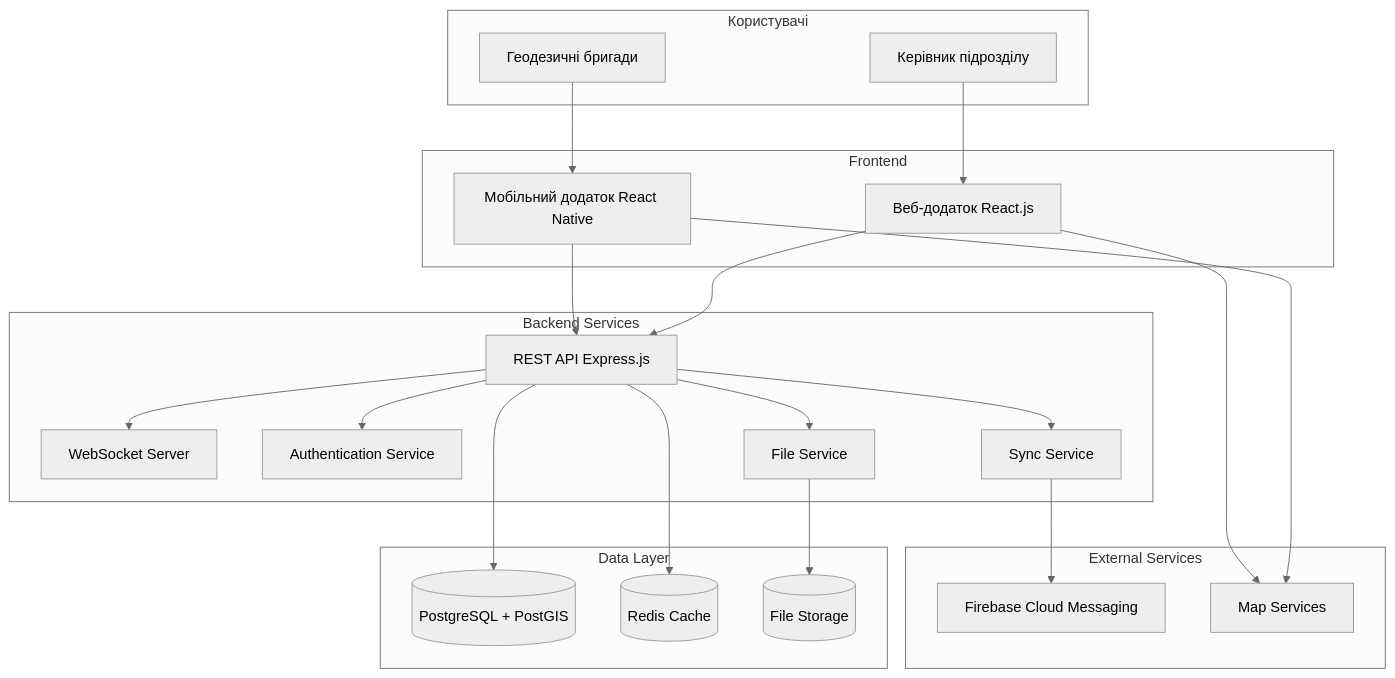
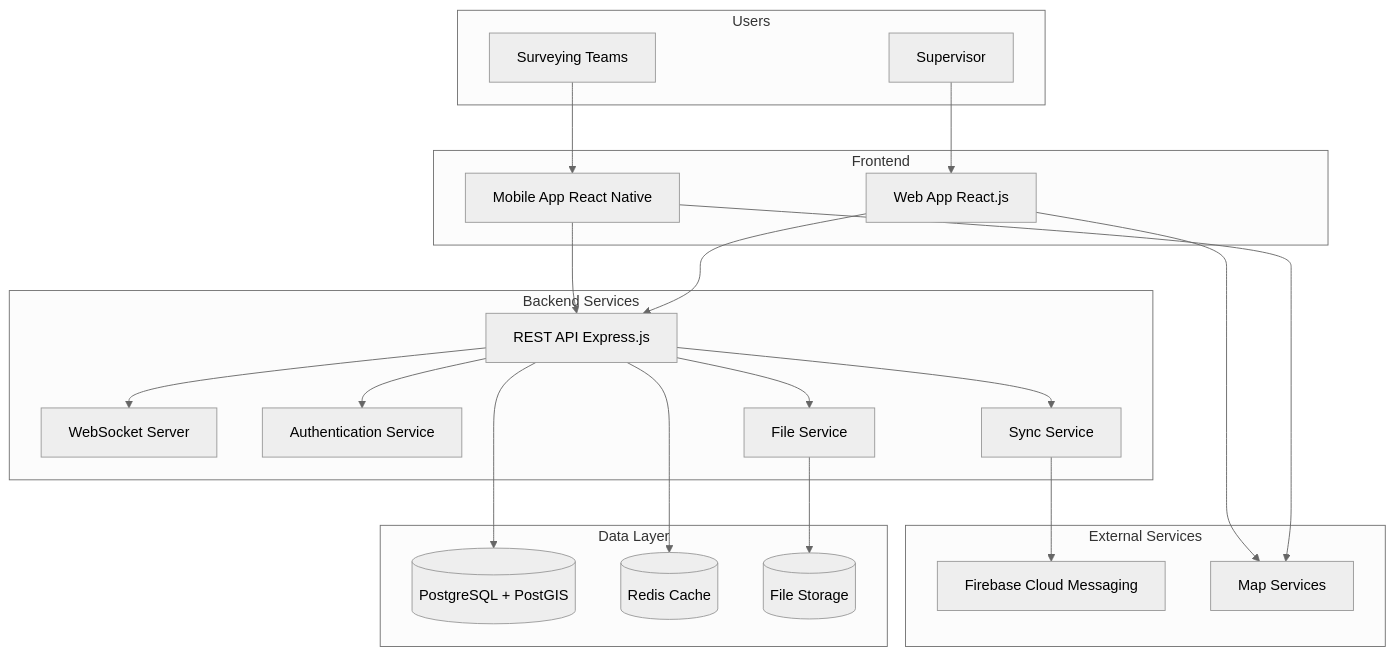
Before and after one commit to HarrySkySon/geidesy-team-app: the diagram in docs/architecture/system-architecture.md, drawn with Mermaid (neutral theme). The commit also changed other lines of this file and 6 other files, not shown here.

````diff
--- a/docs/architecture/system-architecture.md
+++ b/docs/architecture/system-architecture.md
@@ -5,46 +5,46 @@
 ```mermaid
 graph TB
-    subgraph "Користувачі"
-        U1[Керівник підрозділу]
-        U2[Геодезичні бригади]
+    subgraph "Users"
+        U1[Supervisor]
+        U2[Surveying Teams]
     end
     
     subgraph "Frontend"
-        WEB[Веб-додаток React.js]
-        MOB[Мобільний додаток React Native]
+        WEB[Web App React.js]
+        MOB[Mobile App React Native]
     end
     
     subgraph "Backend Services"
         API[REST API Express.js]
         WS[WebSocket Server]
         AUTH[Authentication Service]
         FILE[File Service]
         SYNC[Sync Service]
     end
     
     subgraph "Data Layer"
         PG[(PostgreSQL + PostGIS)]
         REDIS[(Redis Cache)]
         S3[(File Storage)]
     end
     
     subgraph "External Services"
         FCM[Firebase Cloud Messaging]
         MAPS[Map Services]
     end
     
     U1 --> WEB
     U2 --> MOB
     WEB --> API
     MOB --> API
     API --> WS
     API --> AUTH
     API --> FILE
     API --> SYNC
     API --> PG
     API --> REDIS
     FILE --> S3
     SYNC --> FCM
     MOB --> MAPS
     WEB --> MAPS
 ```
````
